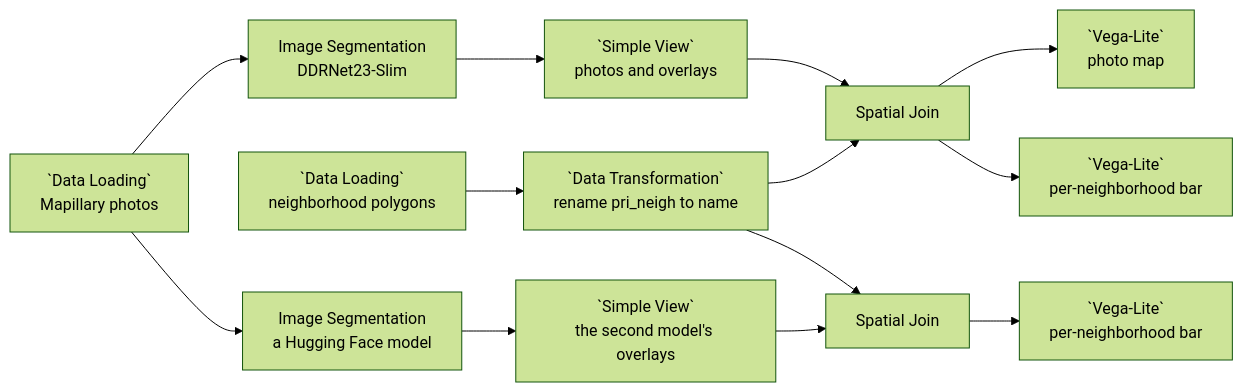
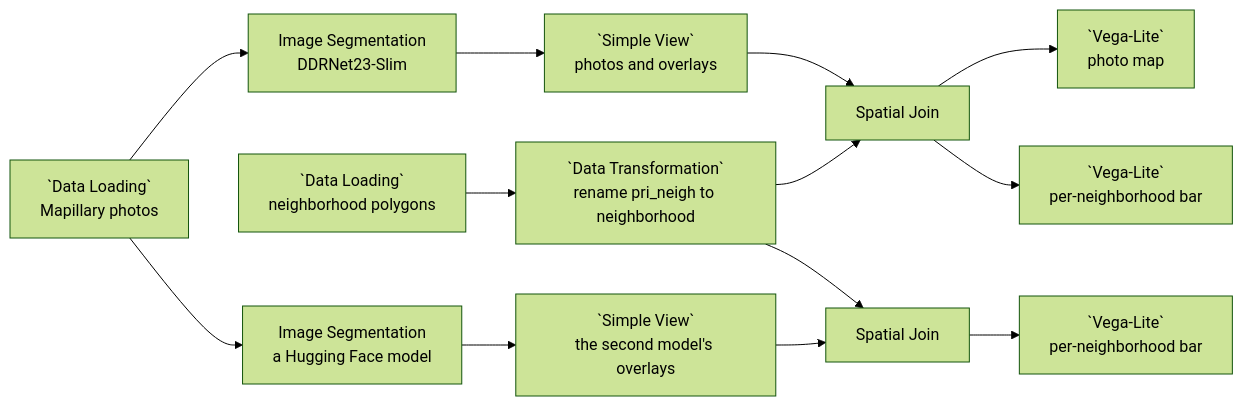
Before and after one commit to urban-toolkit/curio: the diagram in docs/examples/10-street-vision-cv-analysis.md, drawn with Mermaid (forest theme). The commit also changed other lines of this file and 9 other files, not shown here.

````diff
--- a/docs/examples/10-street-vision-cv-analysis.md
+++ b/docs/examples/10-street-vision-cv-analysis.md
@@ -13,19 +13,19 @@
 ```mermaid
 flowchart LR
   P[`Data Loading`<br/>Mapillary photos]
   S1[Image Segmentation<br/>DDRNet23-Slim]
   G1[`Simple View`<br/>photos and overlays]
   L[`Data Loading`<br/>neighborhood polygons]
-  T[`Data Transformation`<br/>rename pri_neigh to name]
+  T[`Data Transformation`<br/>rename pri_neigh to neighborhood]
   S2[Image Segmentation<br/>a Hugging Face model]
   G2[`Simple View`<br/>the second model's overlays]
 
   P --> S1 --> G1 --> SJ1[Spatial Join]
   %% Simple View passes its input straight through, so the join sees the same frame.
   L --> T --> SJ1
   SJ1 --> V1[`Vega-Lite`<br/>photo map]
   SJ1 --> V2[`Vega-Lite`<br/>per-neighborhood bar]
   P --> S2 --> G2 --> SJ2[Spatial Join]
   T --> SJ2
   SJ2 --> V3[`Vega-Lite`<br/>per-neighborhood bar]
 ```
````
